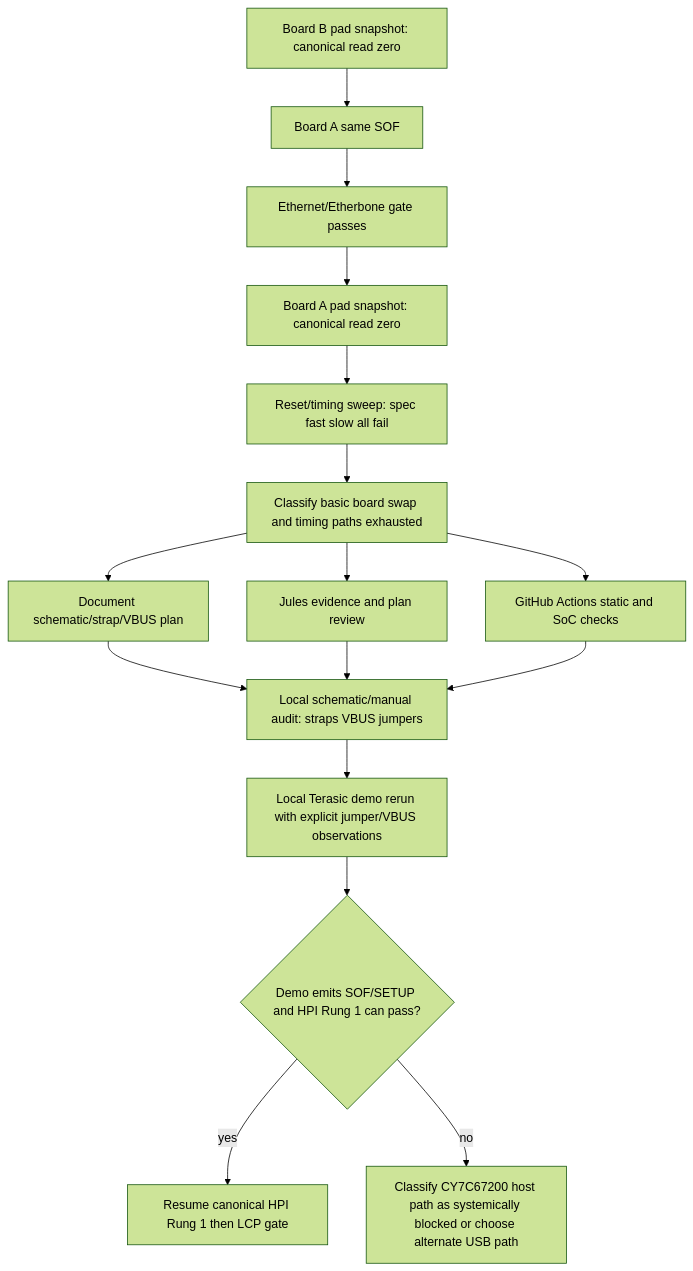
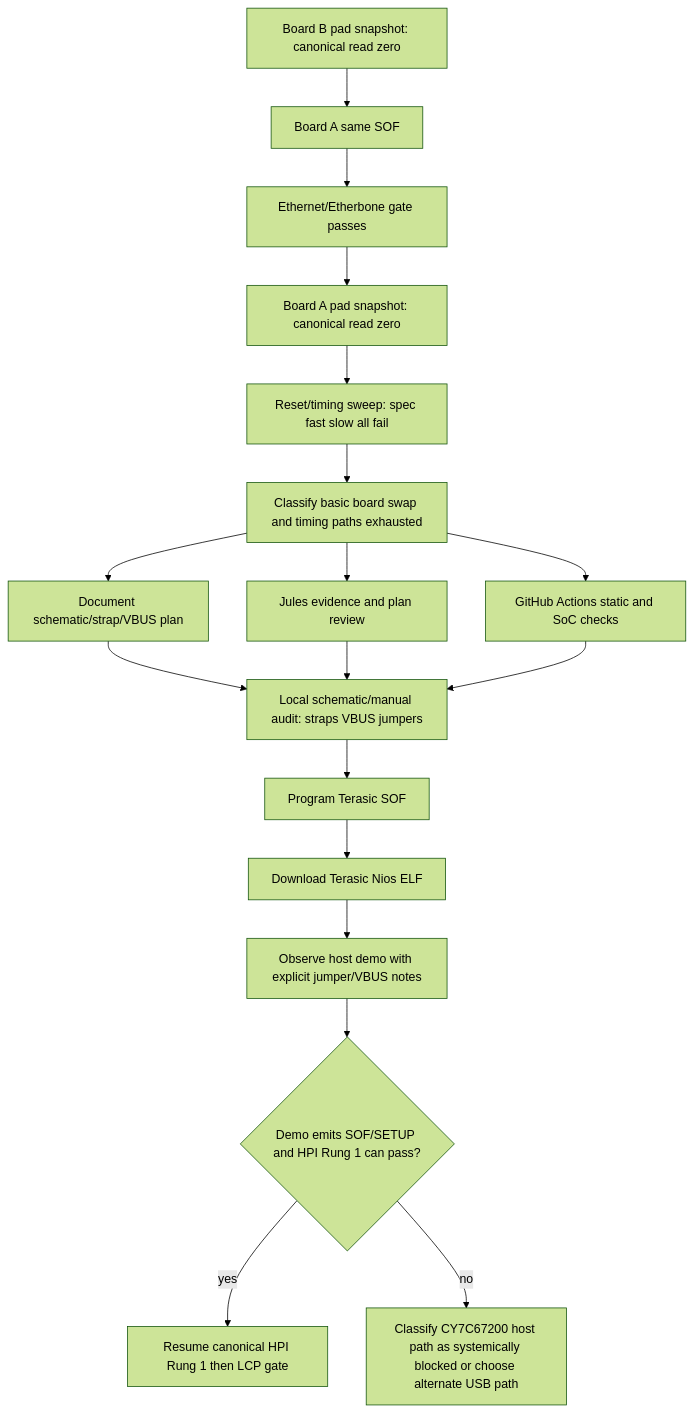
Before and after one commit to SemperSupra/DE2-115: the first of 2 diagrams in ORCHESTRATION_PLAN.md, drawn with Mermaid (forest theme). The commit also changed other lines of this file and 4 other files, not shown here.

Commit message:
Document Terasic USB host demo audit blocker

````diff
--- a/ORCHESTRATION_PLAN.md
+++ b/ORCHESTRATION_PLAN.md
@@ -51,18 +52,20 @@
 ```mermaid
 graph TD
     A[Board B pad snapshot: canonical read zero] --> B[Board A same SOF]
     B --> C[Ethernet/Etherbone gate passes]
     C --> D[Board A pad snapshot: canonical read zero]
     D --> E[Reset/timing sweep: spec fast slow all fail]
     E --> F[Classify basic board swap and timing paths exhausted]
     F --> G[Document schematic/strap/VBUS plan]
     F --> H[Jules evidence and plan review]
     F --> I[GitHub Actions static and SoC checks]
     G --> J[Local schematic/manual audit: straps VBUS jumpers]
     H --> J
     I --> J
-    J --> K[Local Terasic demo rerun with explicit jumper/VBUS observations]
-    K --> L{Demo emits SOF/SETUP and HPI Rung 1 can pass?}
+    J --> K[Program Terasic SOF]
+    K --> K2[Download Terasic Nios ELF]
+    K2 --> K3[Observe host demo with explicit jumper/VBUS notes]
+    K3 --> L{Demo emits SOF/SETUP and HPI Rung 1 can pass?}
     L -- yes --> M[Resume canonical HPI Rung 1 then LCP gate]
     L -- no --> N[Classify CY7C67200 host path as systemically blocked or choose alternate USB path]
 ```
````
